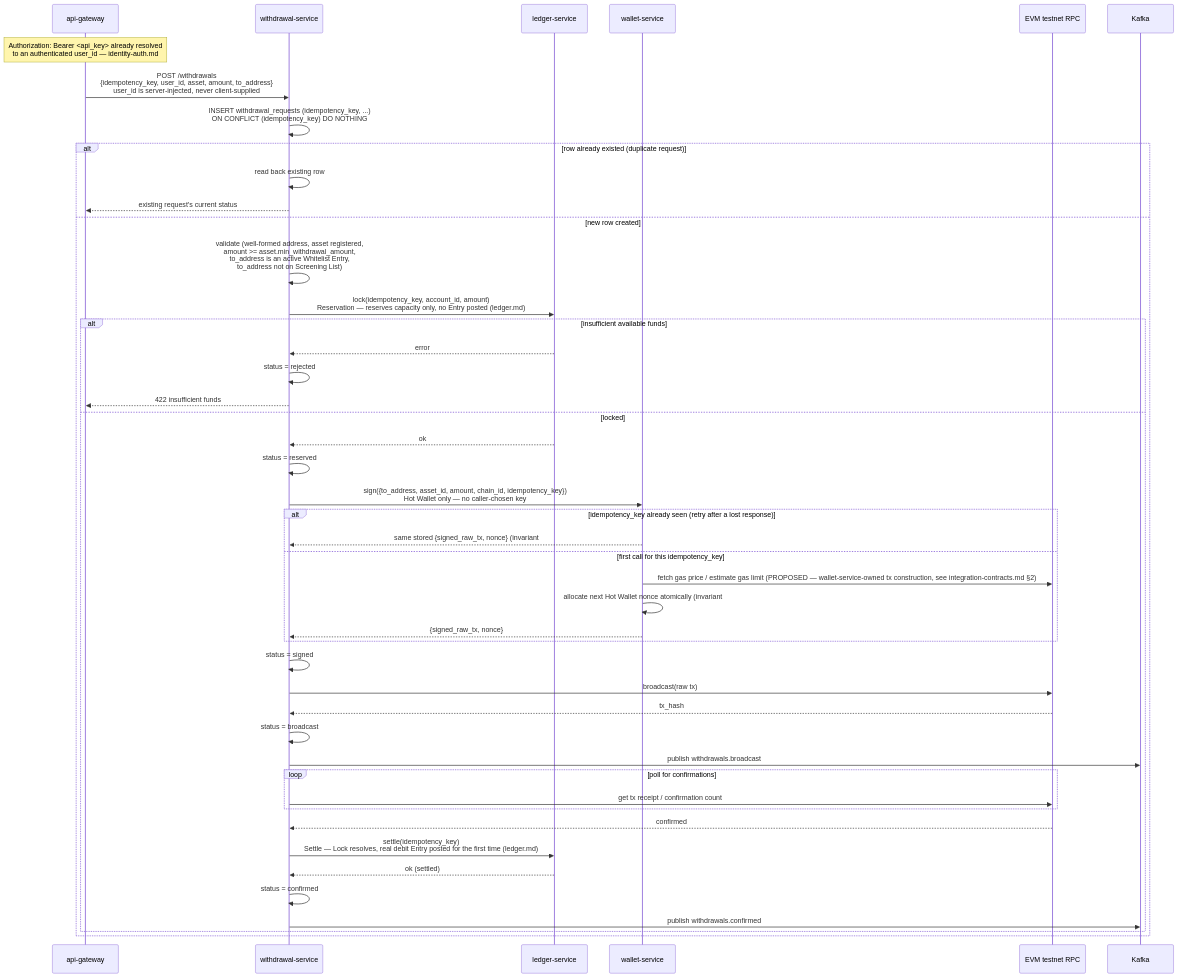
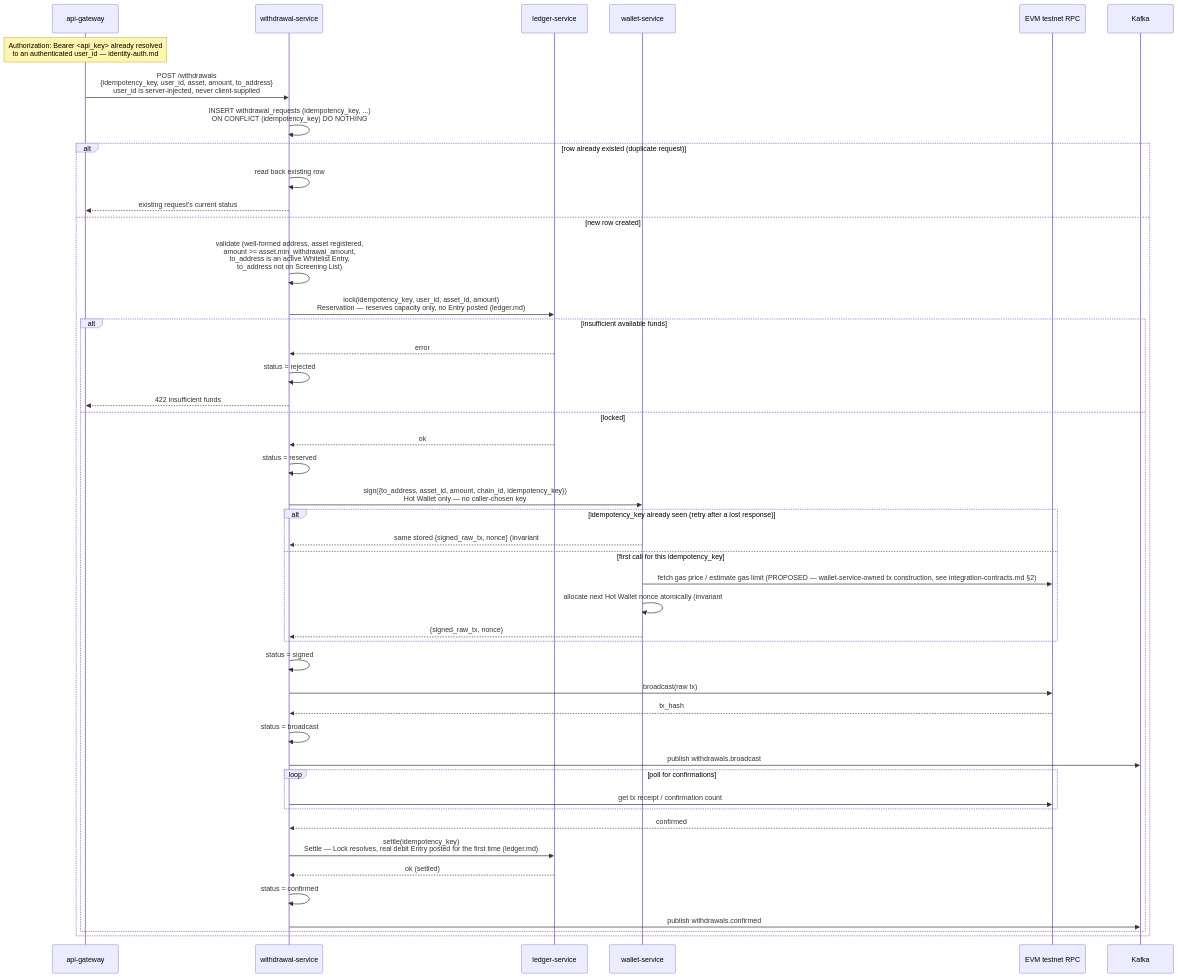
One commit to VuKhuongDuy/DigiWal changed the first of 3 diagrams in docs/design/withdrawal-flow.md. Above: the diagram before and after it, drawn with Mermaid. The commit also changed other lines of this file and 6 other files, not shown here.

First line of the commit message:
ledger, withdrawal-flow, integration-contracts: close Lock/Settle/Release contract gaps from Tech Lead review

````diff
--- a/docs/design/withdrawal-flow.md
+++ b/docs/design/withdrawal-flow.md
@@ -329,49 +366,49 @@
 ```mermaid
 sequenceDiagram
     participant Gateway as api-gateway
     participant WD as withdrawal-service
     participant Ledger as ledger-service
     participant Wallet as wallet-service
     participant RPC as EVM testnet RPC
     participant Kafka
 
     Note over Gateway: Authorization: Bearer <api_key> already resolved<br/>to an authenticated user_id — identity-auth.md
     Gateway->>WD: POST /withdrawals<br/>{idempotency_key, user_id, asset, amount, to_address}<br/>user_id is server-injected, never client-supplied
     WD->>WD: INSERT withdrawal_requests (idempotency_key, ...)<br/>ON CONFLICT (idempotency_key) DO NOTHING
     alt row already existed (duplicate request)
         WD->>WD: read back existing row
         WD-->>Gateway: existing request's current status
     else new row created
         WD->>WD: validate (well-formed address, asset registered,<br/>amount >= asset.min_withdrawal_amount,<br/>to_address is an active Whitelist Entry,<br/>to_address not on Screening List)
-        WD->>Ledger: lock(idempotency_key, account_id, amount)<br/>Reservation — reserves capacity only, no Entry posted (ledger.md)
+        WD->>Ledger: lock(idempotency_key, user_id, asset_id, amount)<br/>Reservation — reserves capacity only, no Entry posted (ledger.md)
         alt insufficient available funds
             Ledger-->>WD: error
             WD->>WD: status = rejected
             WD-->>Gateway: 422 insufficient funds
         else locked
             Ledger-->>WD: ok
             WD->>WD: status = reserved
             WD->>Wallet: sign({to_address, asset_id, amount, chain_id, idempotency_key})<br/>Hot Wallet only — no caller-chosen key
             alt idempotency_key already seen (retry after a lost response)
                 Wallet-->>WD: same stored {signed_raw_tx, nonce} (invariant #16) — no new nonce allocated
             else first call for this idempotency_key
                 Wallet->>RPC: fetch gas price / estimate gas limit (PROPOSED — wallet-service-owned tx construction, see integration-contracts.md §2)
                 Wallet->>Wallet: allocate next Hot Wallet nonce atomically (invariant #6)<br/>persist (idempotency_key -> nonce, signed_raw_tx) (invariant #16)
                 Wallet-->>WD: {signed_raw_tx, nonce}
             end
             WD->>WD: status = signed
             WD->>RPC: broadcast(raw tx)
             RPC-->>WD: tx_hash
             WD->>WD: status = broadcast
             WD->>Kafka: publish withdrawals.broadcast
             loop poll for confirmations
                 WD->>RPC: get tx receipt / confirmation count
             end
             RPC-->>WD: confirmed
             WD->>Ledger: settle(idempotency_key)<br/>Settle — Lock resolves, real debit Entry posted for the first time (ledger.md)
             Ledger-->>WD: ok (settled)
             WD->>WD: status = confirmed
             WD->>Kafka: publish withdrawals.confirmed
         end
     end
 ```
````
